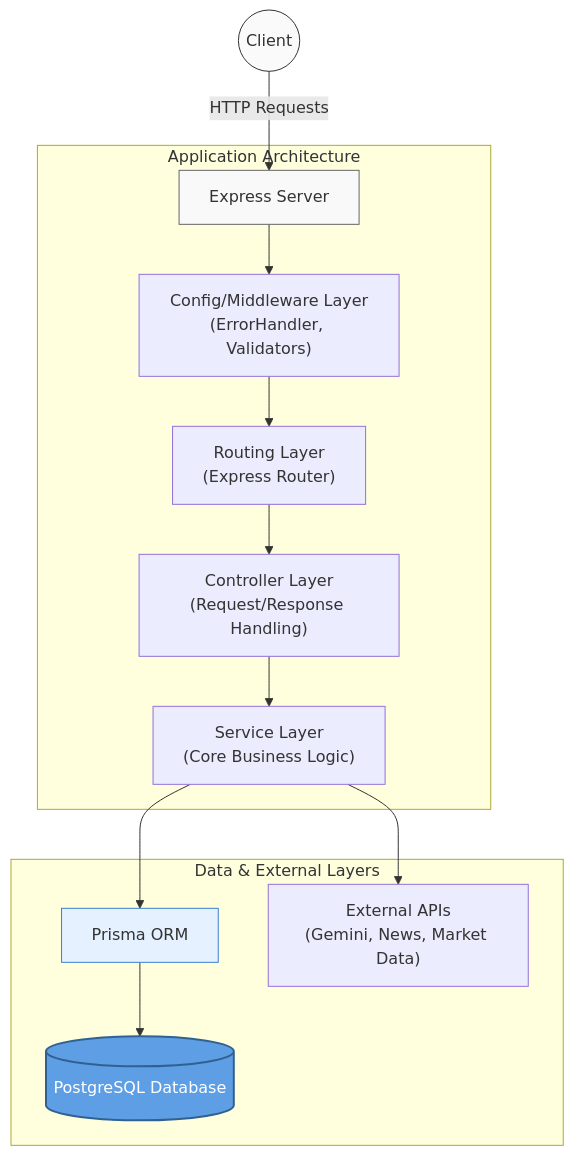
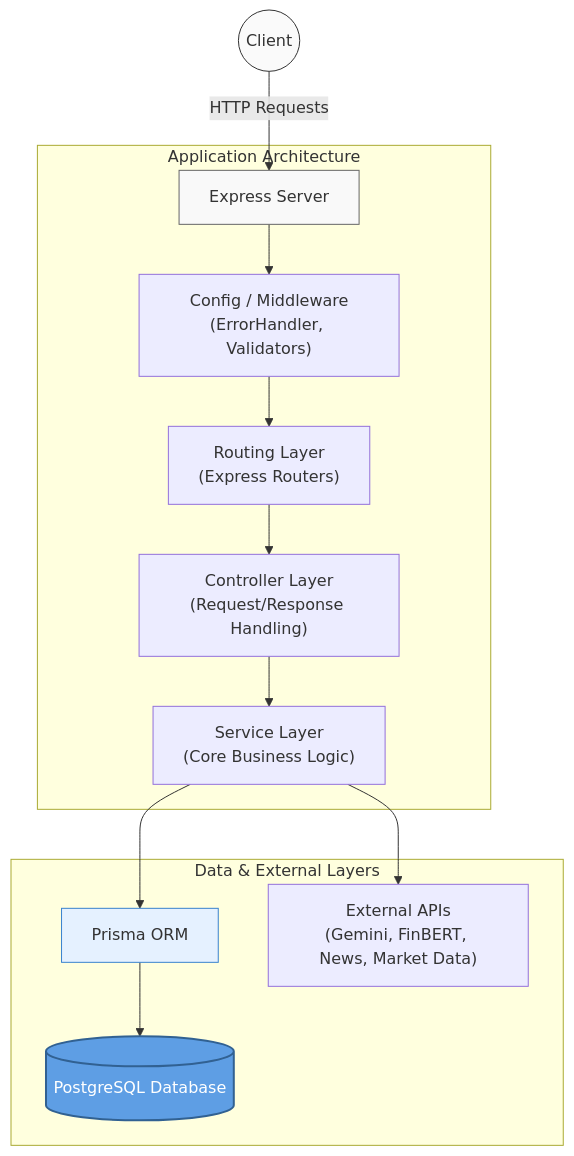
One commit to punyajain1/FinPilot-Backend-API changed the diagram in README.md. Above: the diagram before and after it, drawn with Mermaid. The commit also changed other lines of this file, not shown here.

````diff
--- a/README.md
+++ b/README.md
@@ -41,22 +43,22 @@
 ```mermaid
 graph TD
     Client((Client)) -->|HTTP Requests| Server[Express Server]
     
     subgraph "Application Architecture"
-        Server --> Config["Config/Middleware Layer<br>(ErrorHandler, Validators)"]
-        Config --> Routes["Routing Layer<br>(Express Router)"]
+        Server --> Config["Config / Middleware<br>(ErrorHandler, Validators)"]
+        Config --> Routes["Routing Layer<br>(Express Routers)"]
         Routes --> Controllers["Controller Layer<br>(Request/Response Handling)"]
         Controllers --> Services["Service Layer<br>(Core Business Logic)"]
     end
     
     subgraph "Data & External Layers"
         Services --> ORM[Prisma ORM]
         ORM --> DB[(PostgreSQL Database)]
-        Services --> ExternalWeb["External APIs<br>(Gemini, News, Market Data)"]
+        Services --> ExternalWeb["External APIs<br>(Gemini, FinBERT, News, Market Data)"]
     end
     
     style Client fill:#FAFAFA,stroke:#333
     style Server fill:#f9f9f9,stroke:#666
     style DB fill:#5E9EE4,stroke:#316192,stroke-width:2px,color:#fff
     style ORM fill:#e5f1ff,stroke:#3982CE
 ```
````
